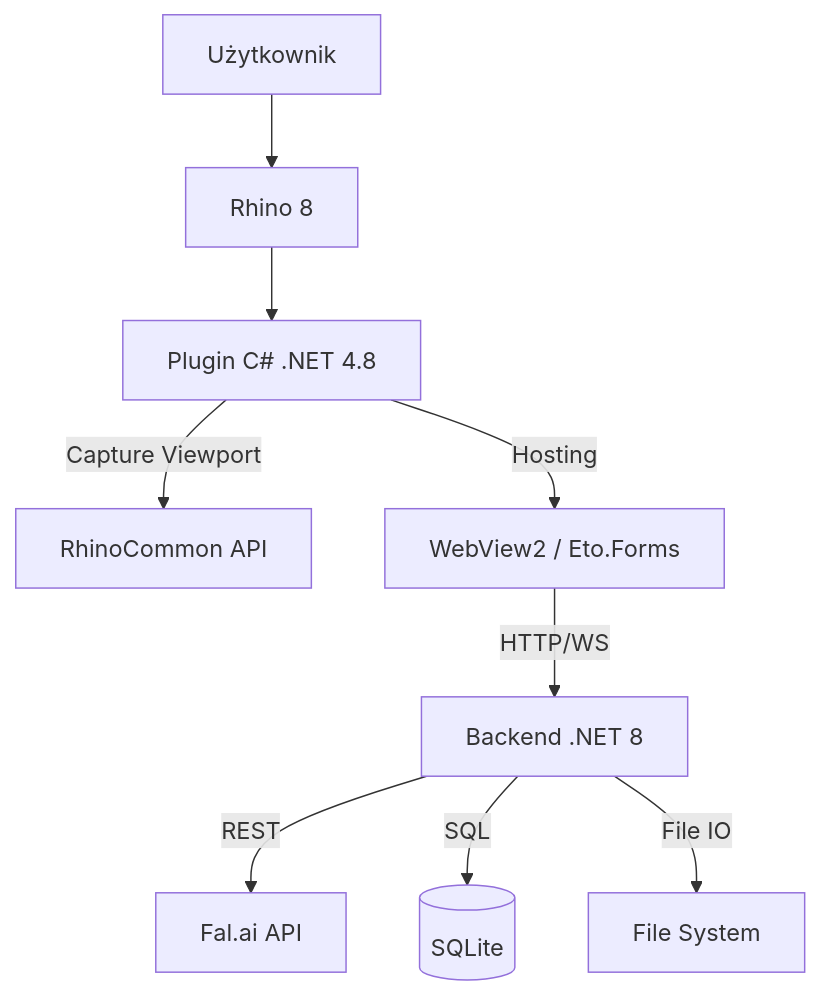
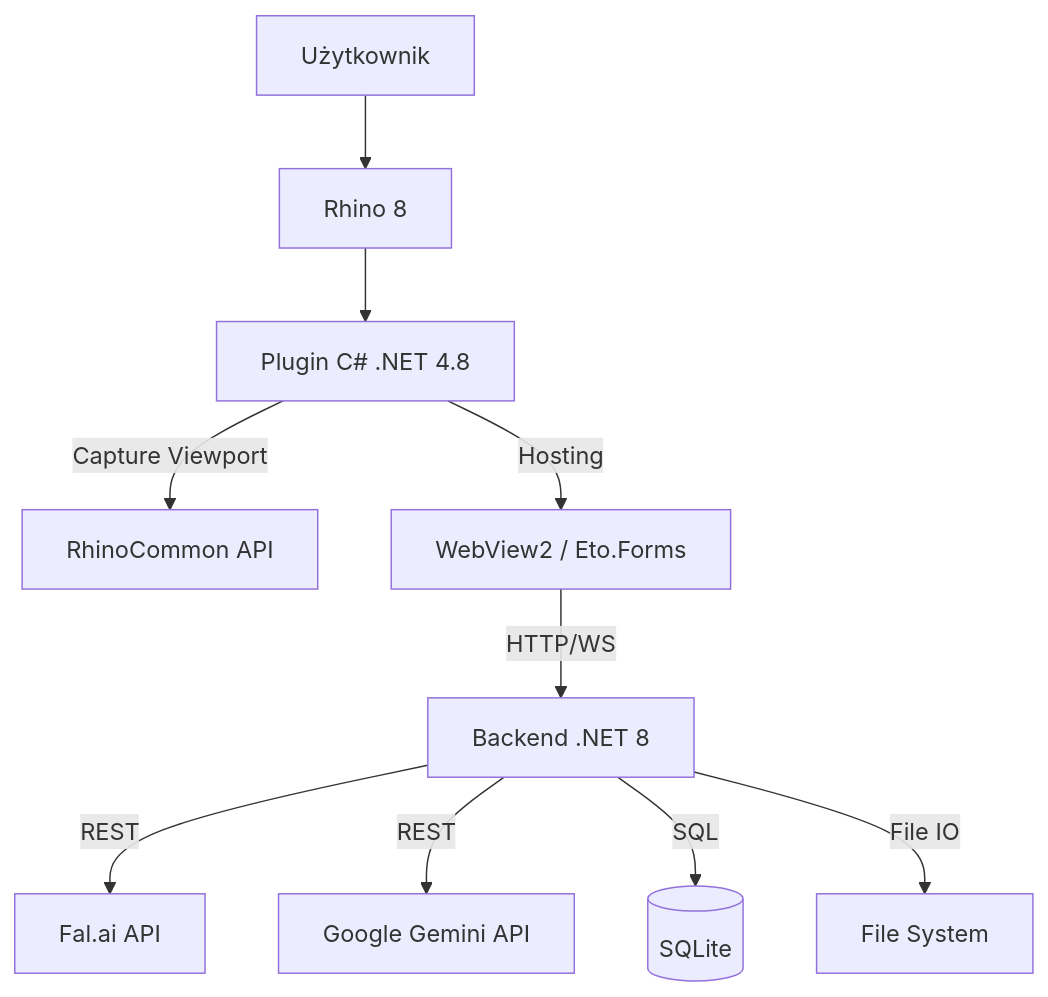
One commit to Bochyn/Rhino-8-Image-Studio changed the diagram in docs/api/architektura.md. Above: the diagram before and after it, drawn with Mermaid. The commit also changed other lines of this file and 20 other files, not shown here.

````diff
--- a/docs/api/architektura.md
+++ b/docs/api/architektura.md
@@ -7,12 +7,13 @@
 ```mermaid
 graph TD
     User[Użytkownik] --> Rhino[Rhino 8]
     Rhino --> Plugin[Plugin C# .NET 4.8]
     Plugin -- Capture Viewport --> RhinoCommon[RhinoCommon API]
     Plugin -- Hosting --> WebView[WebView2 / Eto.Forms]
     
     WebView -- HTTP/WS --> Backend[Backend .NET 8]
     Backend -- REST --> FalAI[Fal.ai API]
+    Backend -- REST --> Gemini[Google Gemini API]
     Backend -- SQL --> DB[(SQLite)]
     Backend -- File IO --> Storage[File System]
 ```
````
